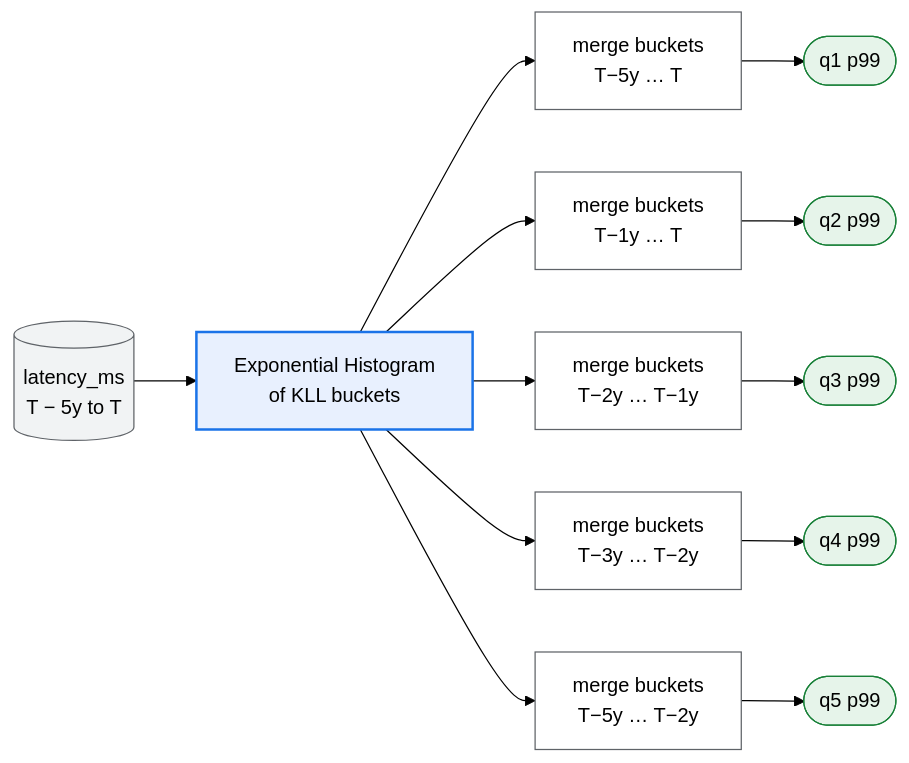
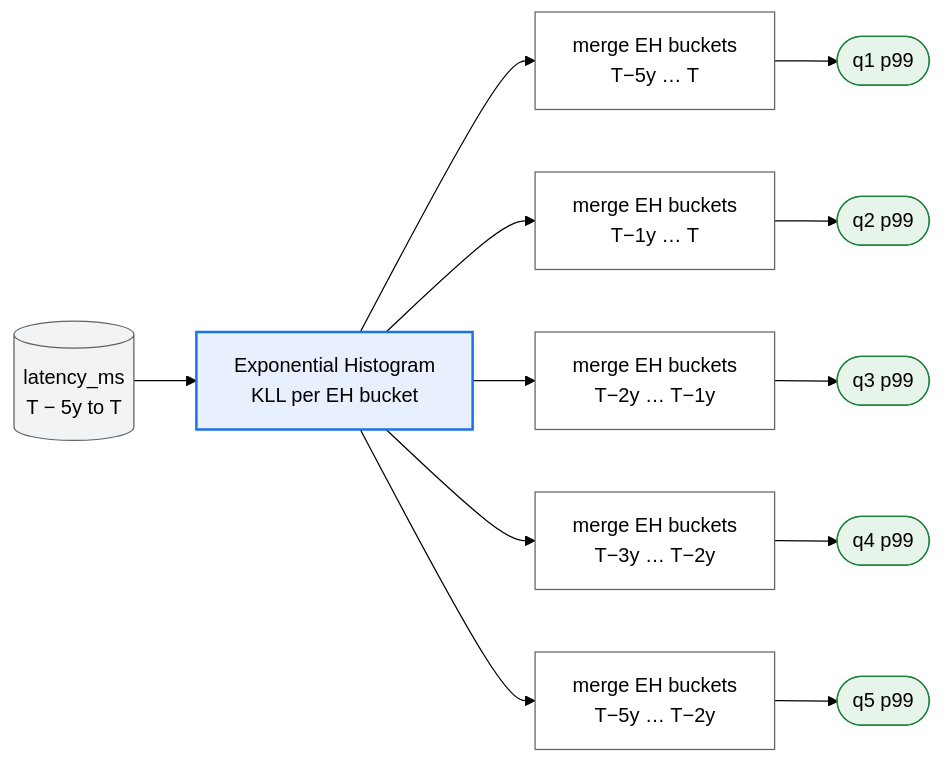
The seventh of 10 diagrams in docs/design_docs/proposals/planner-layering.md (ProjectASAP/ASAPPlanner), drawn with Mermaid (forest theme) before and after one commit. The commit also changed other lines of this file, not shown here.

````diff
--- a/docs/design_docs/proposals/planner-layering.md
+++ b/docs/design_docs/proposals/planner-layering.md
@@ -751,13 +780,13 @@
 ```mermaid
 flowchart LR
-  in[("latency_ms<br/>T − 5y to T")]:::data --> eh["Exponential Histogram<br/>of KLL buckets"]:::summary
-  eh --> m1["merge buckets<br/>T−5y … T"]:::exact --> o1(["q1 p99"]):::estimate
-  eh --> m2["merge buckets<br/>T−1y … T"]:::exact --> o2(["q2 p99"]):::estimate
-  eh --> m3["merge buckets<br/>T−2y … T−1y"]:::exact --> o3(["q3 p99"]):::estimate
-  eh --> m4["merge buckets<br/>T−3y … T−2y"]:::exact --> o4(["q4 p99"]):::estimate
-  eh --> m5["merge buckets<br/>T−5y … T−2y"]:::exact --> o5(["q5 p99"]):::estimate
+  in[("latency_ms<br/>T − 5y to T")]:::data --> eh["Exponential Histogram<br/>KLL per EH bucket"]:::summary
+  eh --> m1["merge EH buckets<br/>T−5y … T"]:::exact --> o1(["q1 p99"]):::estimate
+  eh --> m2["merge EH buckets<br/>T−1y … T"]:::exact --> o2(["q2 p99"]):::estimate
+  eh --> m3["merge EH buckets<br/>T−2y … T−1y"]:::exact --> o3(["q3 p99"]):::estimate
+  eh --> m4["merge EH buckets<br/>T−3y … T−2y"]:::exact --> o4(["q4 p99"]):::estimate
+  eh --> m5["merge EH buckets<br/>T−5y … T−2y"]:::exact --> o5(["q5 p99"]):::estimate
   classDef data fill:#f1f3f4,stroke:#5f6368,color:#000;
   classDef exact fill:#fff,stroke:#5f6368,color:#000;
   classDef summary fill:#e8f0fe,stroke:#1a73e8,stroke-width:2px,color:#000;
   classDef estimate fill:#e6f4ea,stroke:#188038,color:#000;
 ```
````
